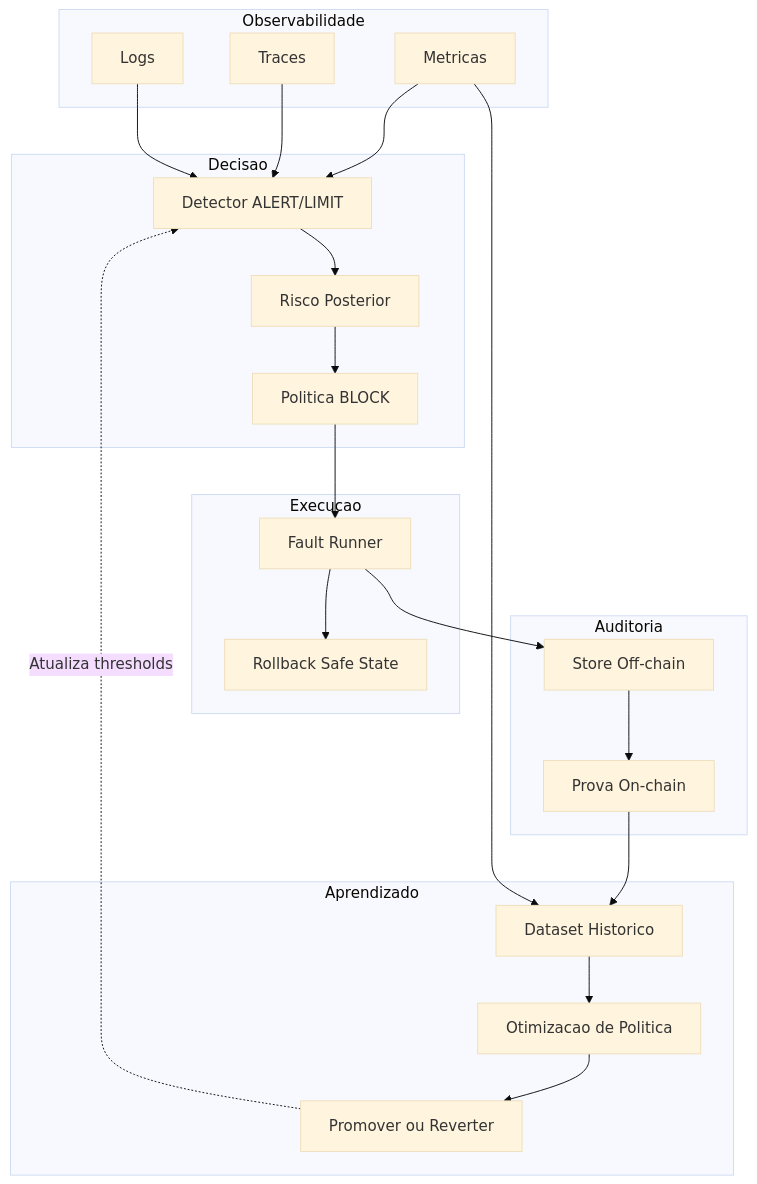
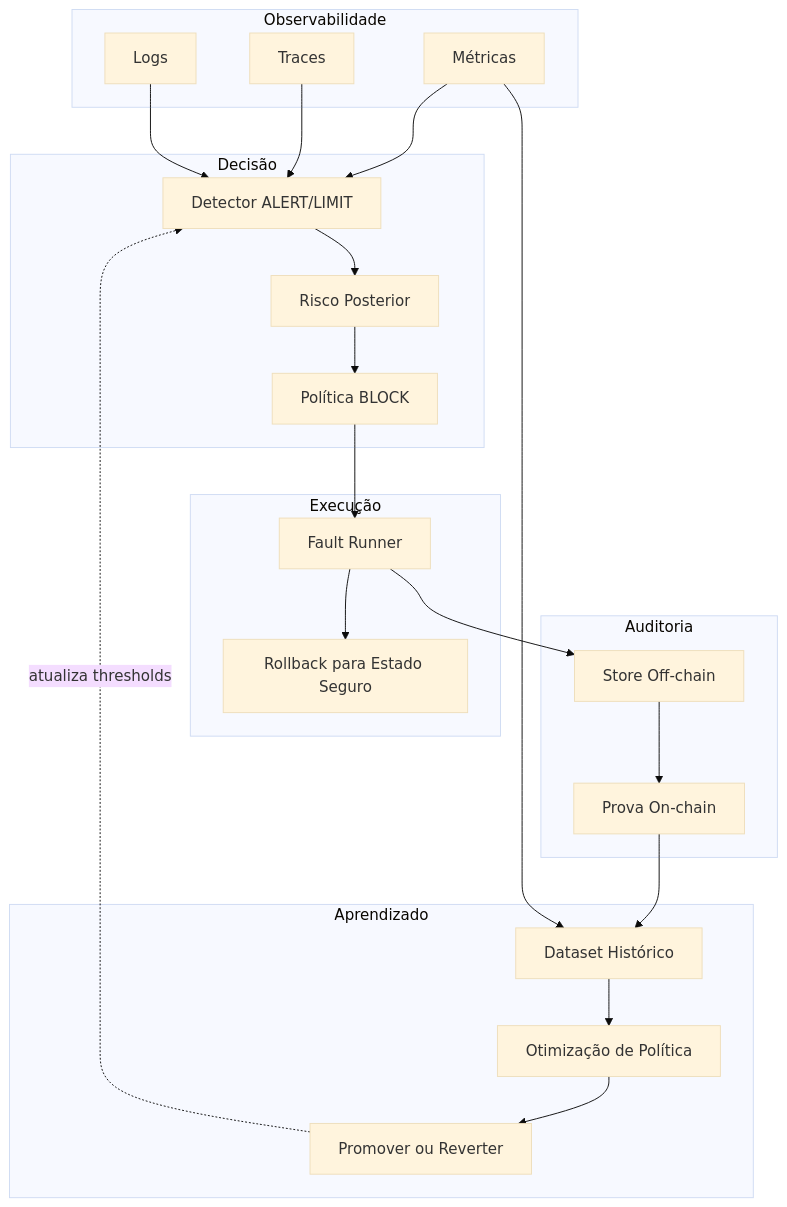
The fourth of 8 diagrams in OVERVIEW_FRAMEWORK_MECADE.md (richardsonlima/mecade), drawn with Mermaid (base theme) before and after one commit. The commit also changed other lines of this file and 15 other files, not shown here.

````diff
--- a/OVERVIEW_FRAMEWORK_MECADE.md
+++ b/OVERVIEW_FRAMEWORK_MECADE.md
@@ -64,41 +87,41 @@
 ```mermaid
 flowchart TB
-  subgraph Observabilidade
-    M[Metricas]
-    T[Traces]
-    G[Logs]
-  end
+    subgraph Observabilidade
+        M[Métricas]
+        T[Traces]
+        G[Logs]
+    end
 
-  subgraph Decisao
-    D1[Detector ALERT/LIMIT]
-    D2[Risco Posterior]
-    D3[Politica BLOCK]
-  end
+    subgraph Decisao["Decisão"]
+        D1["Detector ALERT/LIMIT"]
+        D2["Risco Posterior"]
+        D3["Política BLOCK"]
+    end
 
-  subgraph Execucao
-    X1[Fault Runner]
-    X2[Rollback Safe State]
-  end
+    subgraph Execucao["Execução"]
+        X1["Fault Runner"]
+        X2["Rollback para Estado Seguro"]
+    end
 
-  subgraph Auditoria
-    O1[Store Off-chain]
-    O2[Prova On-chain]
-  end
+    subgraph Auditoria
+        O1["Store Off-chain"]
+        O2["Prova On-chain"]
+    end
 
-  subgraph Aprendizado
-    P1[Dataset Historico]
-    P2[Otimizacao de Politica]
-    P3[Promover ou Reverter]
-  end
+    subgraph Aprendizado
+        P1["Dataset Histórico"]
+        P2["Otimização de Política"]
+        P3["Promover ou Reverter"]
+    end
 
-  M --> D1
-  T --> D1
-  G --> D1
-  D1 --> D2 --> D3 --> X1
-  X1 --> X2
-  X1 --> O1 --> O2
-  O2 --> P1
-  M --> P1
-  P1 --> P2 --> P3
-  P3 -. Atualiza thresholds .-> D1
+    M --> D1
+    T --> D1
+    G --> D1
+    D1 --> D2 --> D3 --> X1
+    X1 --> X2
+    X1 --> O1 --> O2
+    O2 --> P1
+    M --> P1
+    P1 --> P2 --> P3
+    P3 -. "atualiza thresholds" .-> D1
 ```
````
